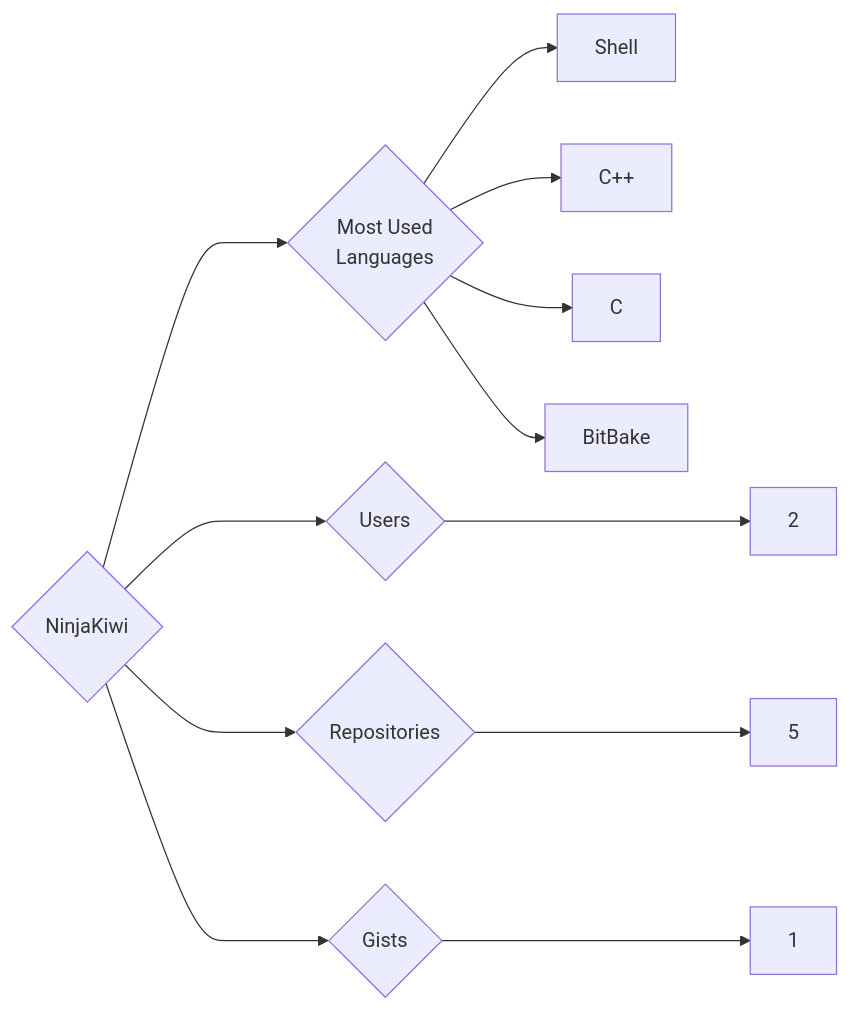
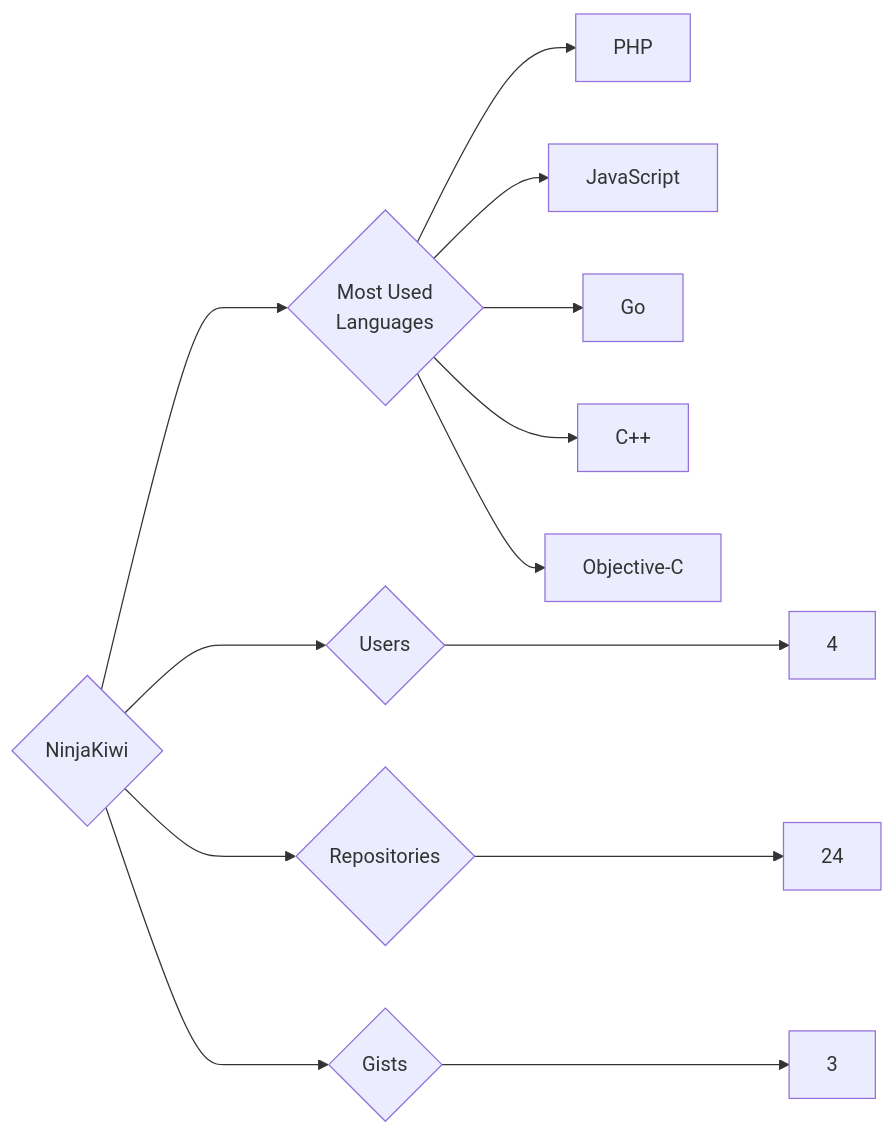
One commit to trickest/insiders changed the diagram in targets/NinjaKiwi/README.md. Above: the diagram before and after it, drawn with Mermaid. The commit also changed 878 other files, not shown here.

````diff
--- a/targets/NinjaKiwi/README.md
+++ b/targets/NinjaKiwi/README.md
@@ -3,12 +3,13 @@
 ```mermaid
 graph LR
 COMPANY_NAME{NinjaKiwi}
-COMPANY_NAME ---> U{Users} ---> UN[2]
-COMPANY_NAME ---> R{Repositories} ---> RN[5]
-COMPANY_NAME ---> G{Gists} ---> GN[1]
+COMPANY_NAME ---> U{Users} ---> UN[4]
+COMPANY_NAME ---> R{Repositories} ---> RN[24]
+COMPANY_NAME ---> G{Gists} ---> GN[3]
 COMPANY_NAME ---> ML{Most Used<br>Languages}
-ML --> Shell[Shell]
+ML --> PHP[PHP]
+ML --> JavaScript[JavaScript]
+ML --> Go[Go]
 ML --> C++[C++]
-ML --> C[C]
-ML --> BitBake[BitBake]
+ML --> Objective-C[Objective-C]
 ```
````
